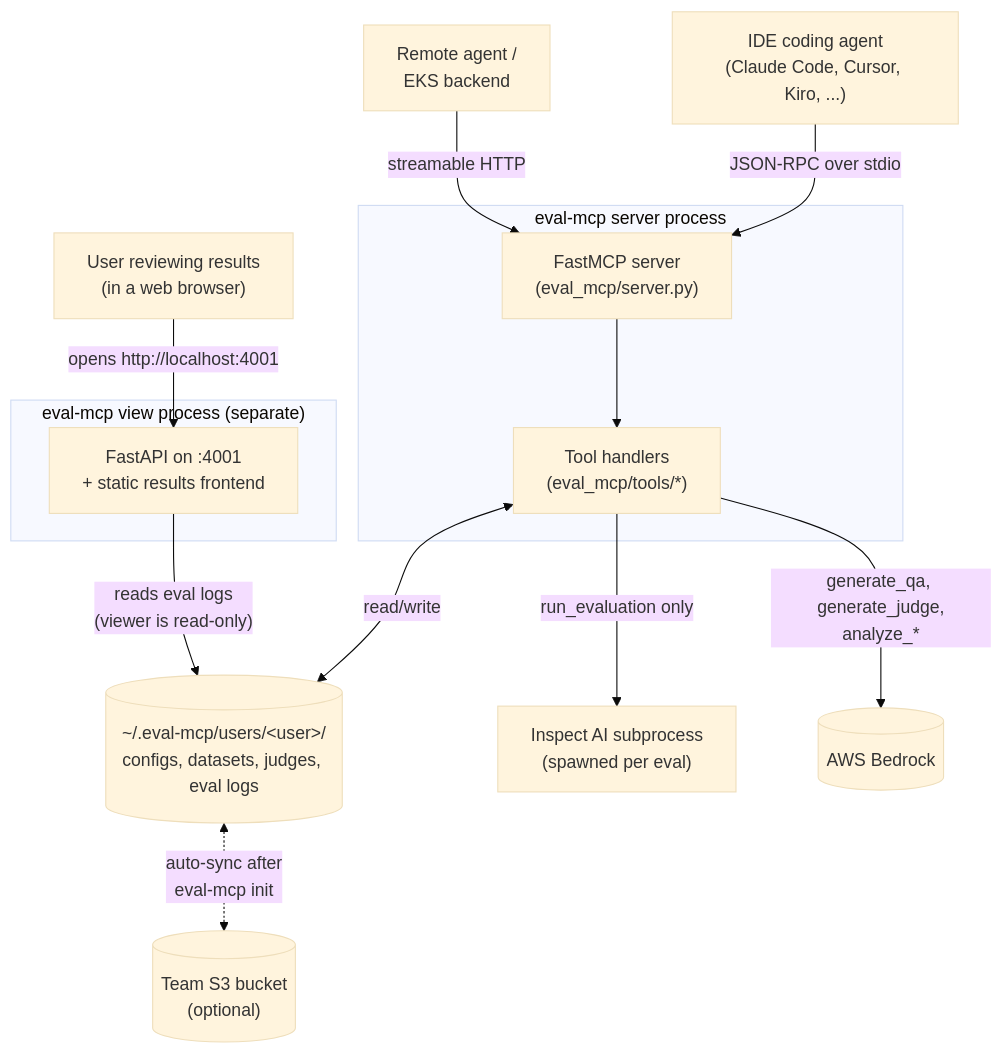
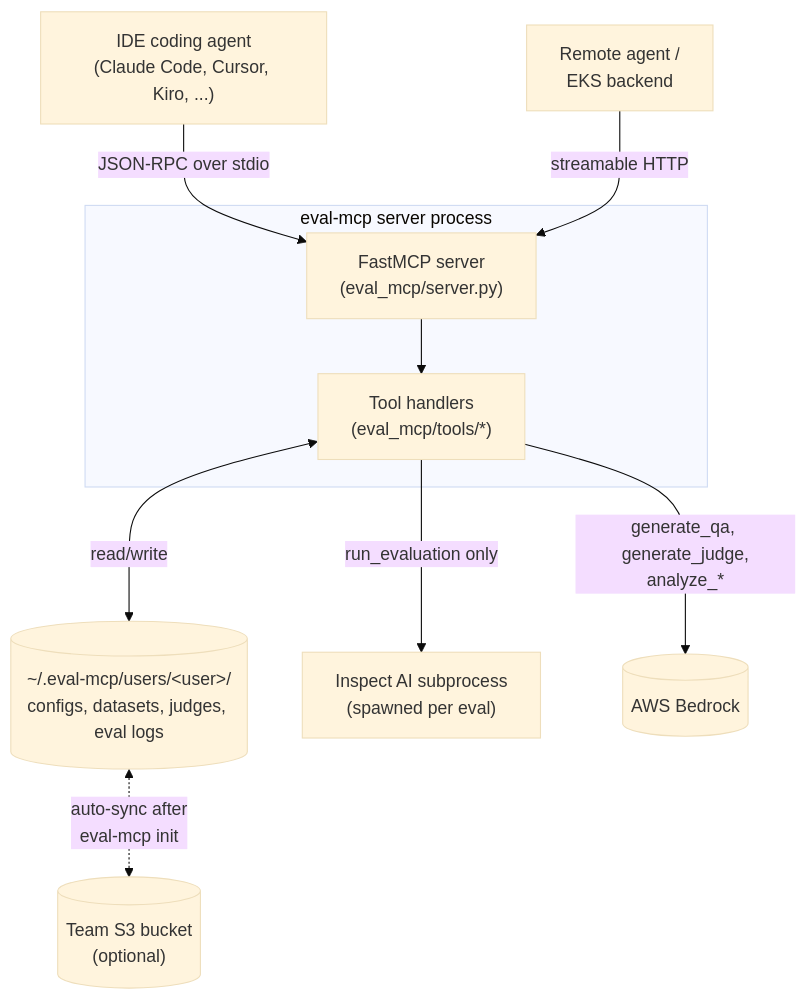
One commit to awslabs/llm-evaluation-system changed the second of 3 diagrams in ARCHITECTURE.md. Above: the diagram before and after it, drawn with Mermaid (base theme). The commit also changed other lines of this file, not shown here.

Commit message:
docs(architecture): drop viewer from MCP diagram (it's a separate process, explain in prose)
Diagram 2 was trying to do two jobs at once: show the MCP server
architecture AND explain the local results viewer. Result: the
"User browser" node always read as a mystery — readers kept asking
"where does the browser come from, what spawns it, why is it
talking to MCP?"

The honest answer is that the viewer isn't part of the MCP server
architecture at all. It's a separate FastAPI process started by
a different command (`eval-mcp view`), and it communicates with
the MCP server *only* through the shared user dir on disk —
they never talk directly.

So: drop the viewer subgraph and the User-browser node from the
diagram entirely, and replace with a short "Viewing results"
prose section underneath. The diagram is now strictly about the
MCP server flow:

- 2 callers (IDE via stdio, Remote agent via HTTP)
- 1 yellow subgraph (server + tools)
- 3 dependencies branching off Tools (user dir, Inspect, Bedrock)
- 1 optional S3 sync on the user dir

7 nodes, one clean top-to-bottom story, no orphans.

Validated with @mermaid-js/mermaid-cli.

````diff
--- a/ARCHITECTURE.md
+++ b/ARCHITECTURE.md
@@ -68,40 +61,31 @@
 ```mermaid
 flowchart TB
-    %% Callers — labeled by intent, not just "browser"
+    %% Callers
     IDE["IDE coding agent<br/>(Claude Code, Cursor, Kiro, ...)"]
     Remote["Remote agent /<br/>EKS backend"]
-    HumanUser["User reviewing results<br/>(in a web browser)"]
 
-    %% MCP server process — spawned by the IDE, or run as eval-mcp serve
+    %% Server process
     subgraph MCPProc["eval-mcp server process"]
         Server["FastMCP server<br/>(eval_mcp/server.py)"]
         Tools["Tool handlers<br/>(eval_mcp/tools/*)"]
         Server --> Tools
     end
 
-    %% Viewer — separate process, only runs while the user wants the UI
-    subgraph ViewerProc["eval-mcp view process (separate)"]
-        Viewer["FastAPI on :4001<br/>+ static results frontend"]
-    end
-
-    %% Local storage + spawned subprocess
+    %% Local
     UserDir[("~/.eval-mcp/users/&lt;user&gt;/<br/>configs, datasets, judges, eval logs")]
     Inspect["Inspect AI subprocess<br/>(spawned per eval)"]
 
-    %% External services
+    %% External
     Bedrock[("AWS Bedrock")]
     S3[("Team S3 bucket<br/>(optional)")]
 
     %% Flow
     IDE -->|"JSON-RPC over stdio"| Server
     Remote -->|"streamable HTTP"| Server
-    HumanUser -->|"opens http://localhost:4001"| Viewer
 
     Tools <-->|"read/write"| UserDir
     Tools -->|"generate_qa, generate_judge,<br/>analyze_*"| Bedrock
     Tools -->|"run_evaluation only"| Inspect
 
-    Viewer -->|"reads eval logs<br/>(viewer is read-only)"| UserDir
-
     UserDir <-.->|"auto-sync after<br/>eval-mcp init"| S3
 ```
````
